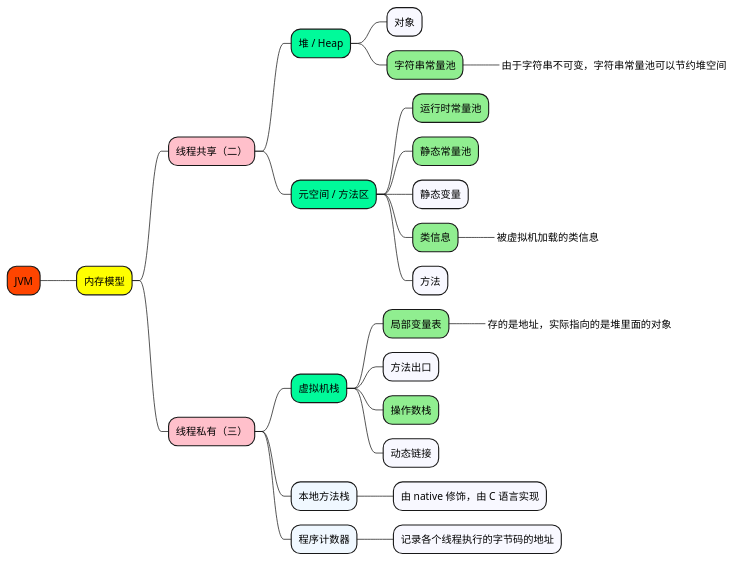
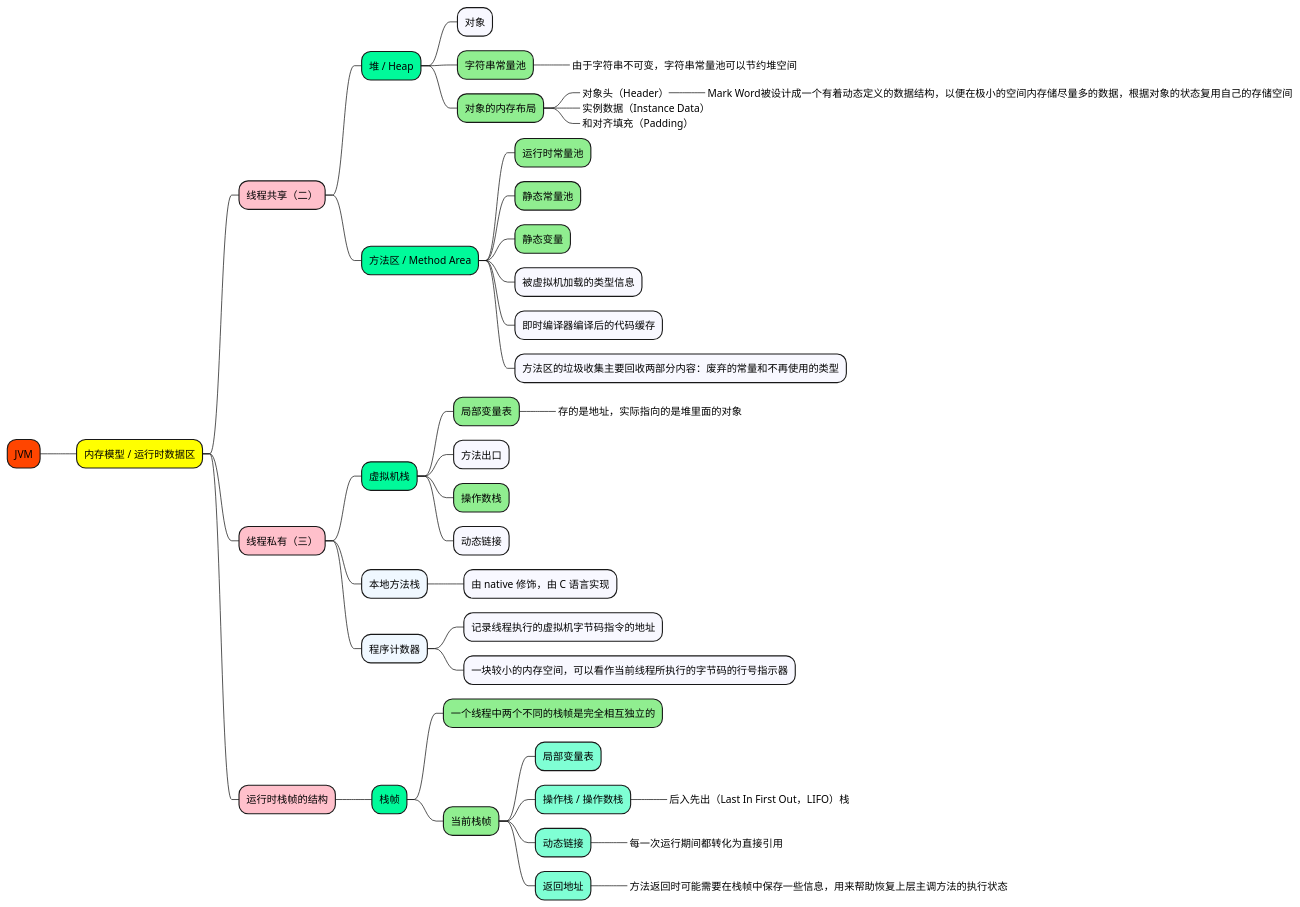
The diagram in 1_map/java/JVM-内存模型.puml (doveg/self-cultivation-of-a-software-engineer), drawn with PlantUML before and after one commit. The commit also changed 11 other files, not shown here.

```diff
--- a/1_map/java/JVM-内存模型.puml
+++ b/1_map/java/JVM-内存模型.puml
@@ -1,42 +1,68 @@
 @startmindmap
 
 +[#OrangeRed] JVM
 
-++[#yellow] 内存模型
+++[#yellow] 内存模型 / 运行时数据区
 
 +++[#Pink] 线程共享（二）
 
 ++++[#MediumSpringGreen] 堆 / Heap
 
 +++++[#GhostWhite] 对象
 +++++[#LightGreen] 字符串常量池
-++++++_ 由于字符串不可变，字符串常量池可以节约堆空间
+++++++[#Aquamarine]_ 由于字符串不可变，字符串常量池可以节约堆空间
+
++++++[#LightGreen] 对象的内存布局
+++++++[#Aquamarine]_ 对象头（Header）
++++++++[#Aquamarine]_ Mark Word被设计成一个有着动态定义的数据结构，以便在极小的空间内存储尽量多的数据，根据对象的状态复用自己的存储空间
+++++++[#Aquamarine]_ 实例数据（Instance Data）
+++++++[#Aquamarine]_ 和对齐填充（Padding）
 
 
-++++[#MediumSpringGreen] 元空间 / 方法区
+++++[#MediumSpringGreen] 方法区 / Method Area
 
 +++++[#LightGreen] 运行时常量池
 +++++[#LightGreen] 静态常量池
-+++++[#GhostWhite] 静态变量
-+++++[#LightGreen] 类信息
-++++++[#MediumSpringGreen]_ 被虚拟机加载的类信息
-+++++[#GhostWhite] 方法
++++++[#LightGreen] 静态变量
++++++[#GhostWhite] 被虚拟机加载的类型信息
++++++[#GhostWhite] 即时编译器编译后的代码缓存
++++++[#GhostWhite] 方法区的垃圾收集主要回收两部分内容：废弃的常量和不再使用的类型
 
 
 +++[#Pink] 线程私有（三）
 
 ++++[#MediumSpringGreen] 虚拟机栈
 +++++[#LightGreen] 局部变量表
 ++++++[#MediumSpringGreen]_ 存的是地址，实际指向的是堆里面的对象
 +++++[#GhostWhite] 方法出口
 +++++[#LightGreen] 操作数栈
 +++++[#GhostWhite] 动态链接
 
 ++++[#AliceBlue] 本地方法栈
 +++++[#GhostWhite] 由 native 修饰，由 C 语言实现
 
 ++++[#AliceBlue] 程序计数器
-+++++[#GhostWhite] 记录各个线程执行的字节码的地址
++++++[#GhostWhite] 记录线程执行的虚拟机字节码指令的地址
++++++[#GhostWhite] 一块较小的内存空间，可以看作当前线程所执行的字节码的行号指示器
+
+
+
++++[#Pink] 运行时栈帧的结构
+
+++++[#MediumSpringGreen] 栈帧
++++++[#LightGreen] 一个线程中两个不同的栈帧是完全相互独立的
++++++[#LightGreen] 当前栈帧
+++++++[#Aquamarine] 局部变量表
+++++++[#Aquamarine] 操作栈 / 操作数栈
++++++++[#Aquamarine]_ 后入先出（Last In First Out，LIFO）栈
+++++++[#Aquamarine] 动态链接
++++++++[#Aquamarine]_ 每一次运行期间都转化为直接引用
+++++++[#Aquamarine] 返回地址
++++++++[#Aquamarine]_ 方法返回时可能需要在栈帧中保存一些信息，用来帮助恢复上层主调方法的执行状态
+
+
+
+
 
 
 @endmindmap
```
